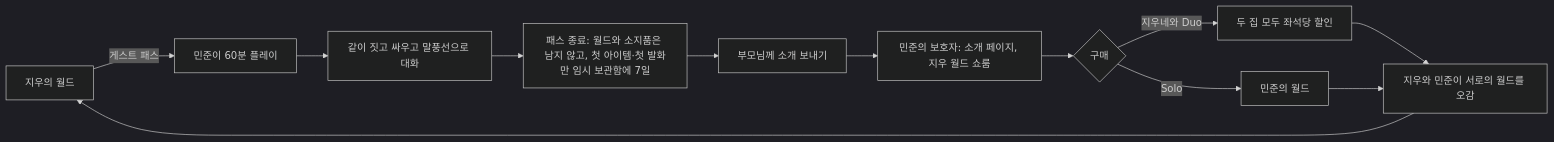
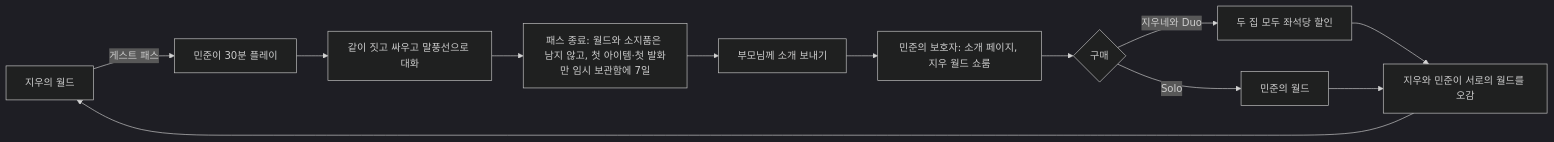
Before and after one commit to 24h-gambler/lcw-mosaic: the seventh of 7 diagrams in docs/10-flows.md, drawn with Mermaid (dark theme). The commit also changed other lines of this file and 21 other files, not shown here.

````diff
--- a/docs/10-flows.md
+++ b/docs/10-flows.md
@@ -167,14 +167,14 @@
 ```mermaid
 flowchart LR
-  A["지우의 월드"] -->|"게스트 패스"| B["민준이 60분 플레이"]
+  A["지우의 월드"] -->|"게스트 패스"| B["민준이 30분 플레이"]
   B --> C["같이 짓고 싸우고 말풍선으로 대화"]
   C --> D["패스 종료: 월드와 소지품은 남지 않고, 첫 아이템·첫 발화만 임시 보관함에 7일"]
   D --> E["부모님께 소개 보내기"]
   E --> F["민준의 보호자: 소개 페이지, 지우 월드 쇼룸"]
   F --> G{"구매"}
   G -->|"지우네와 Duo"| H["두 집 모두 좌석당 할인"]
   G -->|"Solo"| I["민준의 월드"]
   H --> J["지우와 민준이 서로의 월드를 오감"]
   I --> J
   J --> A
 ```
````
